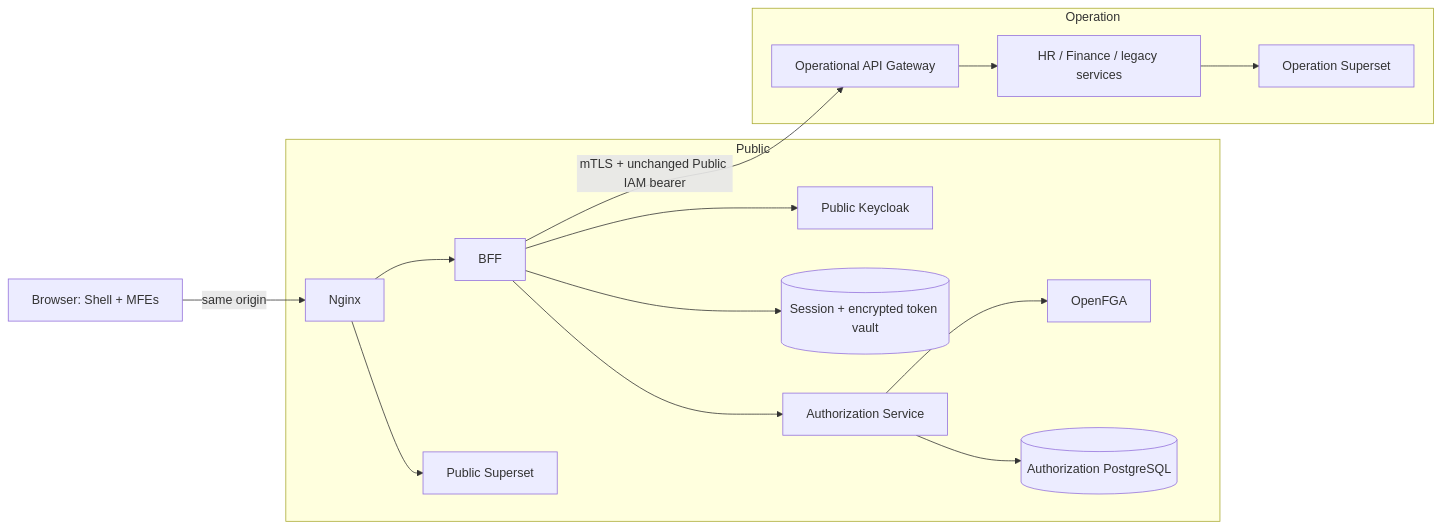
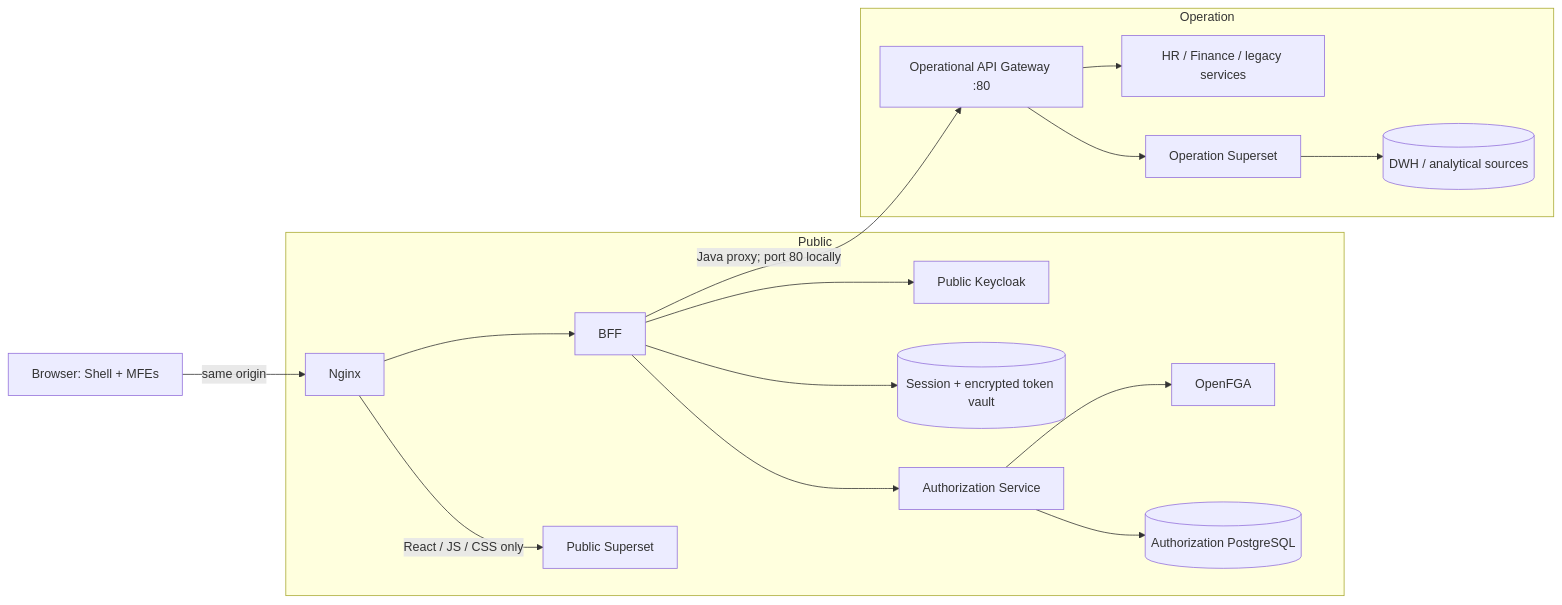
Before and after one commit to mahdiporkar/aurevia-super-app: the first of 3 diagrams in docs/architecture.md, drawn with Mermaid. The commit also changed other lines of this file and 12 other files, not shown here.

````diff
--- a/docs/architecture.md
+++ b/docs/architecture.md
@@ -5,18 +5,19 @@
 ```mermaid
 flowchart LR
   Browser[Browser: Shell + MFEs] -->|same origin| Nginx
   subgraph Public
     Nginx --> BFF
     BFF --> Keycloak[Public Keycloak]
     BFF --> Redis[(Session + encrypted token vault)]
     BFF --> Authz[Authorization Service]
     Authz --> FGA[OpenFGA]
     Authz --> AuthDB[(Authorization PostgreSQL)]
-    Nginx --> PublicSuperset[Public Superset]
+    Nginx -->|React / JS / CSS only| PublicSuperset[Public Superset]
   end
   subgraph Operation
-    Gateway[Operational API Gateway] --> Services[HR / Finance / legacy services]
-    Services --> OperationSuperset[Operation Superset]
+    Gateway[Operational API Gateway :80] --> Services[HR / Finance / legacy services]
+    Gateway --> OperationSuperset[Operation Superset]
+    OperationSuperset --> DWH[(DWH / analytical sources)]
   end
-  BFF -->|mTLS + unchanged Public IAM bearer| Gateway
+  BFF -->|Java proxy; port 80 locally| Gateway
 ```
````
